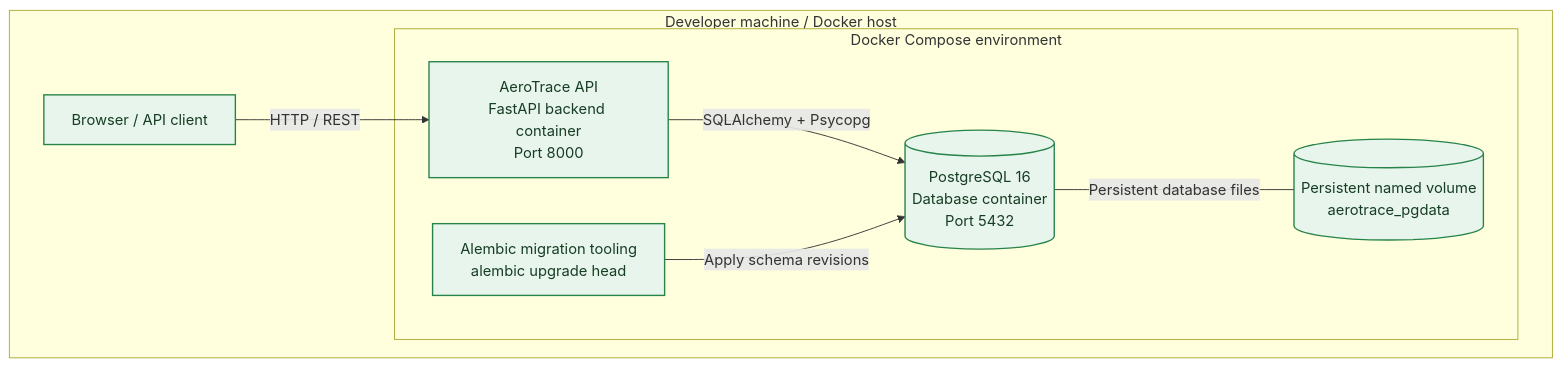
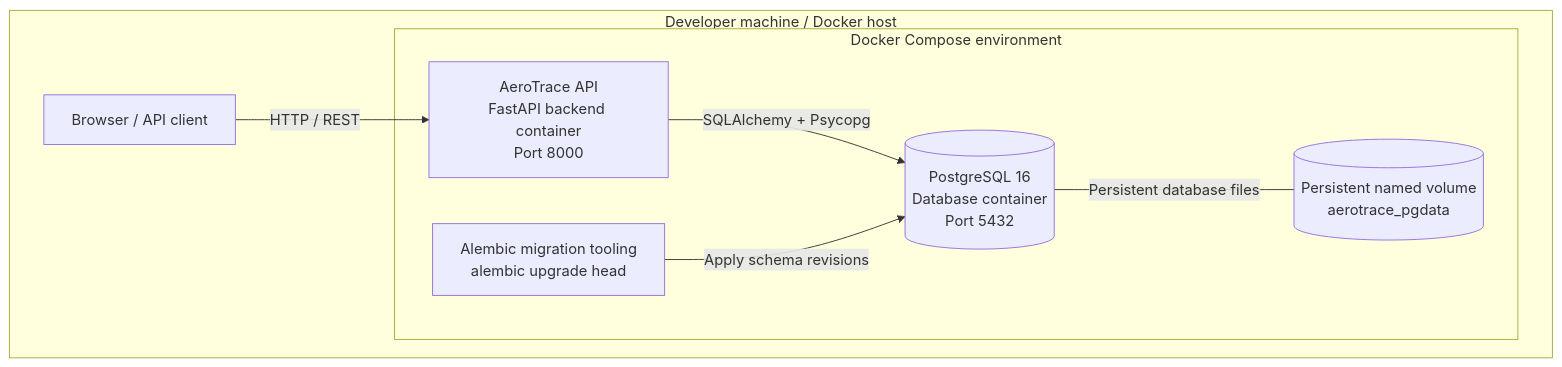
One commit to krista9669/aerotrace changed the first of 2 diagrams in README.md. Above: the diagram before and after it, drawn with Mermaid. The commit also changed other lines of this file and 8 other files, not shown here.

````diff
--- a/README.md
+++ b/README.md
@@ -111,22 +136,16 @@
 ```mermaid
 flowchart TB
     Client["Browser / API client"]
-
     subgraph Host["Developer machine / Docker host"]
         subgraph Compose["Docker Compose environment"]
             API["AeroTrace API<br/>FastAPI backend container<br/>Port 8000"]
             DB[("PostgreSQL 16<br/>Database container<br/>Port 5432")]
             Volume[("Persistent named volume<br/>aerotrace_pgdata")]
             Migration["Alembic migration tooling<br/>alembic upgrade head"]
-
             API -->|"SQLAlchemy + Psycopg"| DB
             Migration -->|"Apply schema revisions"| DB
             DB ---|"Persistent database files"| Volume
         end
-
         Client -->|"HTTP / REST"| API
     end
-
-    classDef implemented fill:#e8f5ec,stroke:#27834a,color:#173d25,stroke-width:1.5px;
-    class Client,API,DB,Volume,Migration implemented;
 ```
````
